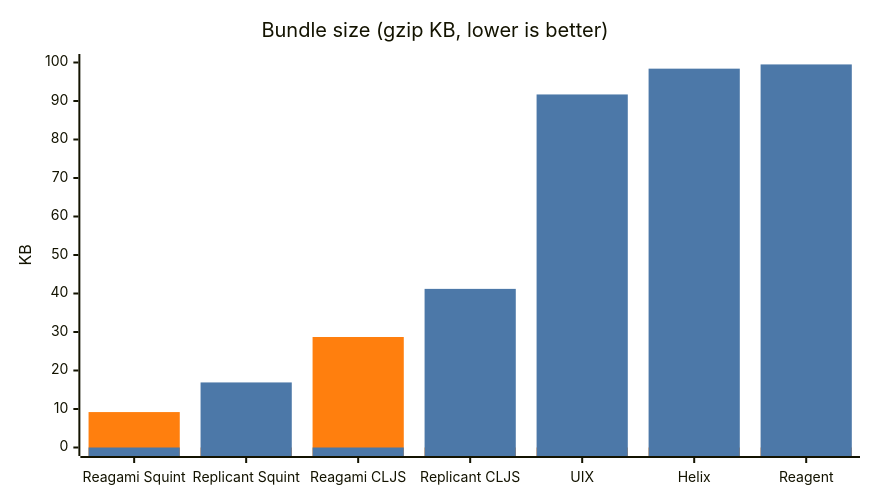
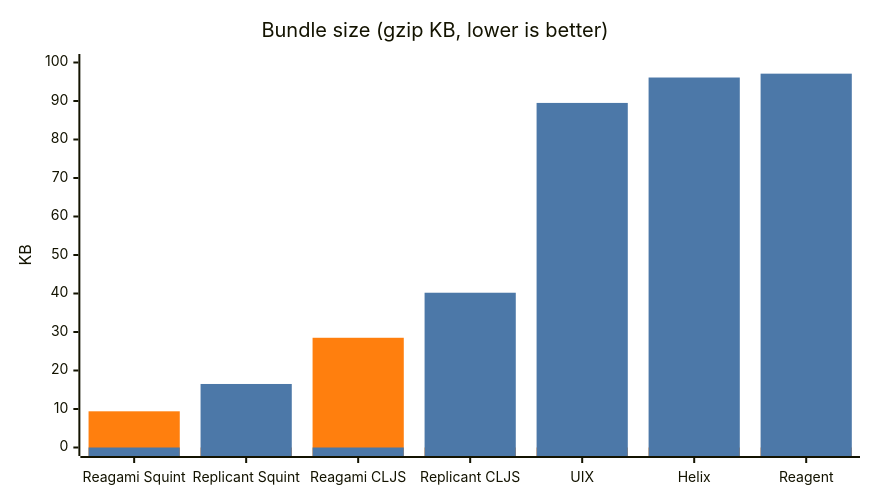
One commit to borkdude/reagami changed the second of 2 diagrams in doc/benchmarks.md. Above: the diagram before and after it, drawn with Mermaid. The commit also changed other lines of this file and 4 other files, not shown here.

````diff
--- a/doc/benchmarks.md
+++ b/doc/benchmarks.md
@@ -107,17 +138,17 @@
 ```mermaid
 ---
 config:
   xyChart:
     width: 850
     height: 480
   themeVariables:
     xyChart:
       plotColorPalette: "#ff7f0e, #4c78a8"
 ---
 xychart-beta
     title "Bundle size (gzip KB, lower is better)"
     x-axis ["Reagami Squint", "Replicant Squint", "Reagami CLJS", "Replicant CLJS", "UIX", "Helix", "Reagent"]
     y-axis "KB" 0 --> 100
-    bar [9.2, 0, 28.7, 0, 0, 0, 0]
-    bar [0, 16.9, 0, 41.2, 91.7, 98.4, 99.5]
+    bar [9.4, 0, 28.5, 0, 0, 0, 0]
+    bar [0, 16.5, 0, 40.2, 89.5, 96.1, 97.1]
 ```
````
